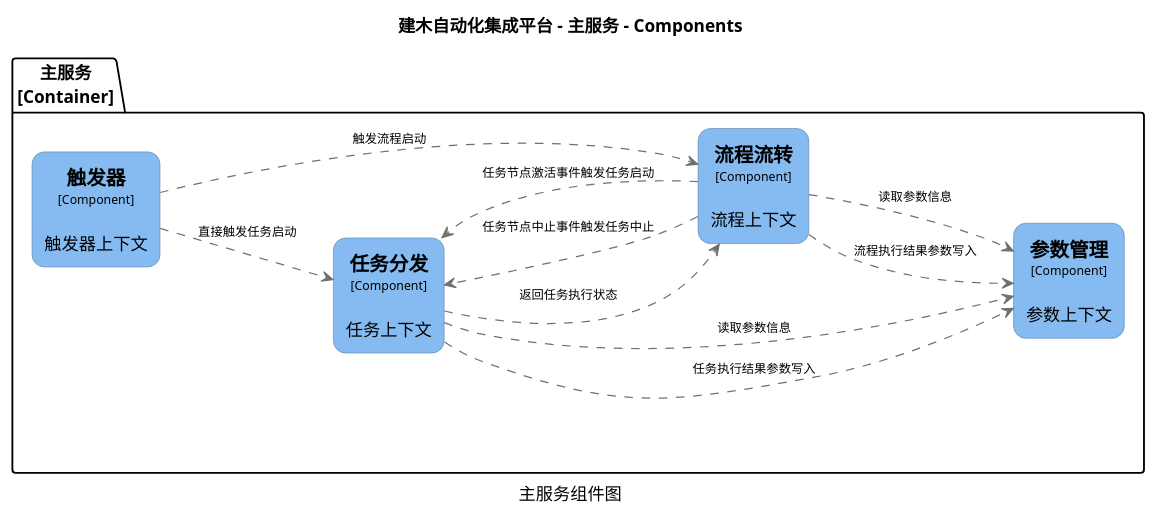
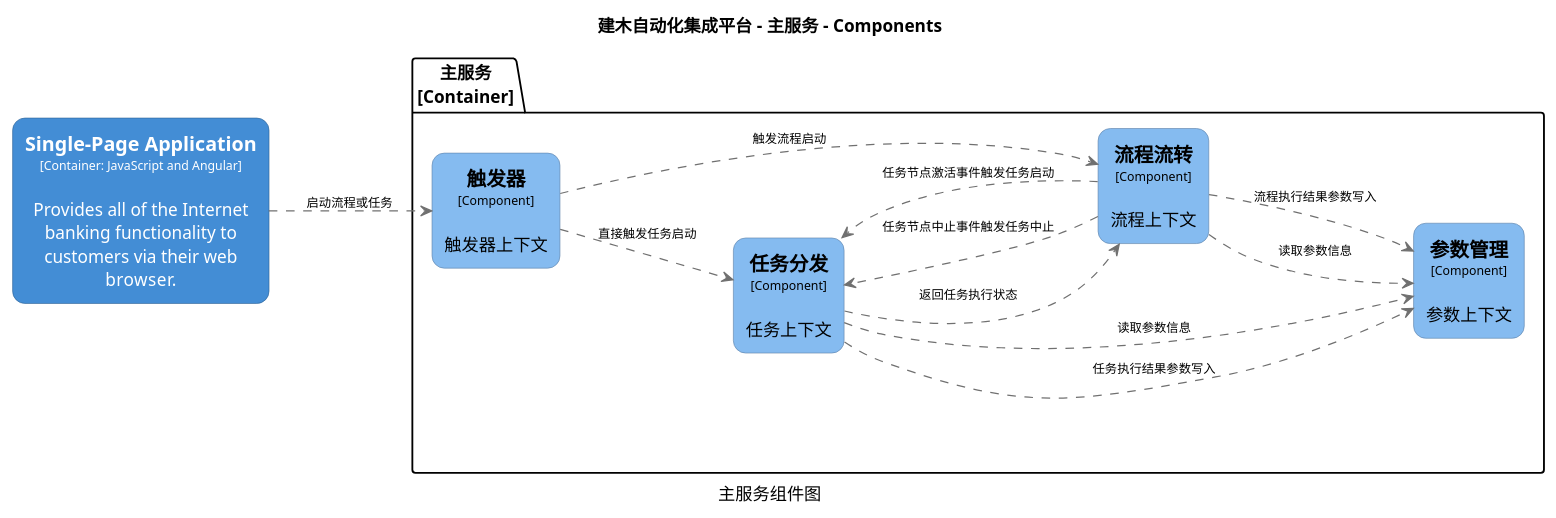
One commit to jianmu-dev/jianmu-architecture-as-code changed the diagram in c4/structurizr-web-component.puml. Above: the diagram before and after it, drawn with PlantUML. The commit also changed 8 other files, not shown here.

```diff
--- a/c4/structurizr-web-component.puml
+++ b/c4/structurizr-web-component.puml
@@ -1,53 +1,61 @@
 @startuml(id=web-component)
 title 建木自动化集成平台 - 主服务 - Components
 caption 主服务组件图
 
 skinparam {
   shadowing false
   arrowFontSize 10
   defaultTextAlignment center
   wrapWidth 200
   maxMessageSize 100
 }
 hide stereotype
 left to right direction
-skinparam rectangle<<4>> {
-  BackgroundColor #85bbf0
-  FontColor #000000
-  BorderColor #5D82A8
+skinparam rectangle<<3>> {
+  BackgroundColor #438dd5
+  FontColor #ffffff
+  BorderColor #2E6295
   roundCorner 20
 }
 skinparam rectangle<<5>> {
   BackgroundColor #85bbf0
   FontColor #000000
   BorderColor #5D82A8
   roundCorner 20
 }
 skinparam rectangle<<6>> {
   BackgroundColor #85bbf0
   FontColor #000000
   BorderColor #5D82A8
   roundCorner 20
 }
 skinparam rectangle<<7>> {
   BackgroundColor #85bbf0
   FontColor #000000
   BorderColor #5D82A8
   roundCorner 20
 }
+skinparam rectangle<<8>> {
+  BackgroundColor #85bbf0
+  FontColor #000000
+  BorderColor #5D82A8
+  roundCorner 20
+}
+rectangle "==Single-Page Application\n<size:10>[Container: JavaScript and Angular]</size>\n\nProvides all of the Internet banking functionality to customers via their web browser." <<3>> as 3
 package "主服务\n[Container]" {
-  rectangle "==任务分发\n<size:10>[Component]</size>\n\n任务上下文" <<6>> as 6
-  rectangle "==参数管理\n<size:10>[Component]</size>\n\n参数上下文" <<7>> as 7
-  rectangle "==流程流转\n<size:10>[Component]</size>\n\n流程上下文" <<5>> as 5
-  rectangle "==触发器\n<size:10>[Component]</size>\n\n触发器上下文" <<4>> as 4
+  rectangle "==任务分发\n<size:10>[Component]</size>\n\n任务上下文" <<7>> as 7
+  rectangle "==参数管理\n<size:10>[Component]</size>\n\n参数上下文" <<8>> as 8
+  rectangle "==流程流转\n<size:10>[Component]</size>\n\n流程上下文" <<6>> as 6
+  rectangle "==触发器\n<size:10>[Component]</size>\n\n触发器上下文" <<5>> as 5
 }
-6 .[#707070].> 7 : "任务执行结果参数写入"
-6 .[#707070].> 7 : "读取参数信息"
-6 .[#707070].> 5 : "返回任务执行状态"
-5 .[#707070].> 6 : "任务节点中止事件触发任务中止"
-5 .[#707070].> 6 : "任务节点激活事件触发任务启动"
-5 .[#707070].> 7 : "流程执行结果参数写入"
-5 .[#707070].> 7 : "读取参数信息"
-4 .[#707070].> 6 : "直接触发任务启动"
-4 .[#707070].> 5 : "触发流程启动"
+3 .[#707070].> 5 : "启动流程或任务"
+7 .[#707070].> 8 : "任务执行结果参数写入"
+7 .[#707070].> 8 : "读取参数信息"
+7 .[#707070].> 6 : "返回任务执行状态"
+6 .[#707070].> 7 : "任务节点中止事件触发任务中止"
+6 .[#707070].> 7 : "任务节点激活事件触发任务启动"
+6 .[#707070].> 8 : "读取参数信息"
+6 .[#707070].> 8 : "流程执行结果参数写入"
+5 .[#707070].> 7 : "直接触发任务启动"
+5 .[#707070].> 6 : "触发流程启动"
 @enduml
```
